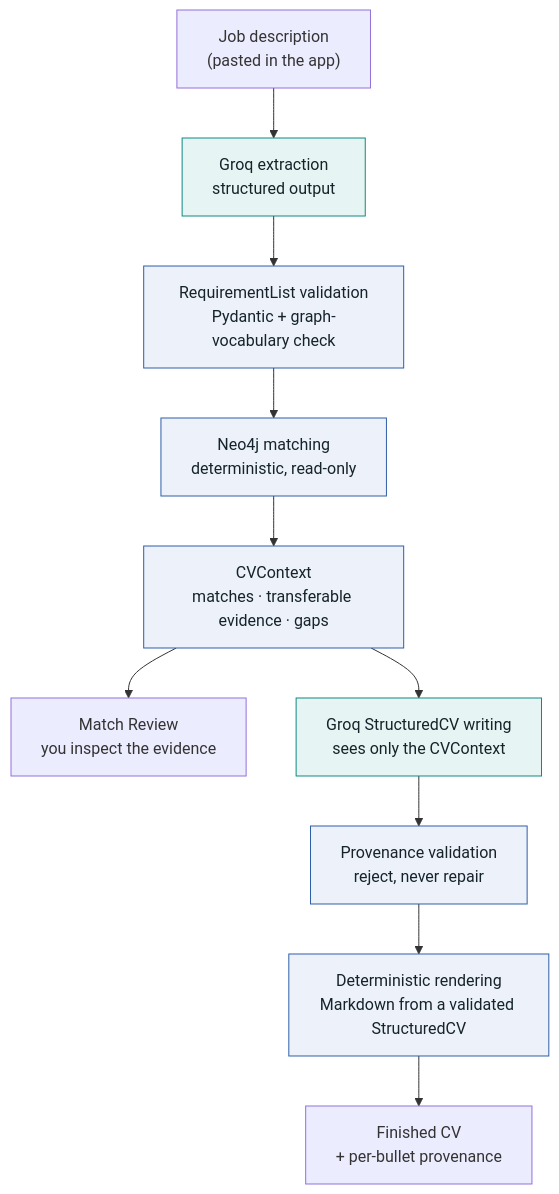
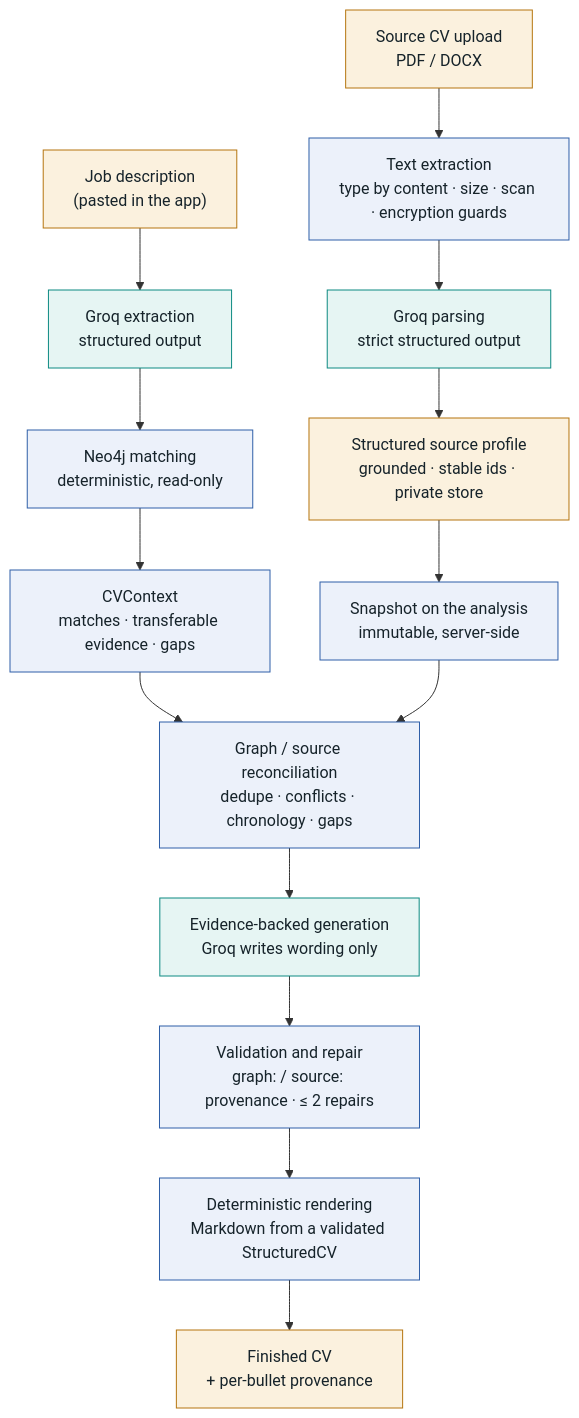
One commit to HoferJPaul/CareerGraph changed the diagram in README.md. Above: the diagram before and after it, drawn with Mermaid. The commit also changed other lines of this file and 25 other files, not shown here.

````diff
--- a/README.md
+++ b/README.md
@@ -24,17 +29,25 @@
 ```mermaid
 flowchart TD
-    JD["Job description<br/>(pasted in the app)"] --> EX["Groq extraction<br/>structured output"]
-    EX --> V1["RequirementList validation<br/>Pydantic + graph-vocabulary check"]
-    V1 --> M["Neo4j matching<br/>deterministic, read-only"]
+    SRC["Source CV upload<br/>PDF / DOCX"] --> EXT["Text extraction<br/>type by content · size · scan · encryption guards"]
+    EXT --> PARSE["Groq parsing<br/>strict structured output"]
+    PARSE --> PROF["Structured source profile<br/>grounded · stable ids · private store"]
+
+    JD["Job description<br/>(pasted in the app)"] --> RX["Groq extraction<br/>structured output"]
+    RX --> M["Neo4j matching<br/>deterministic, read-only"]
     M --> CTX["CVContext<br/>matches · transferable evidence · gaps"]
-    CTX --> RV["Match Review<br/>you inspect the evidence"]
-    CTX --> W["Groq StructuredCV writing<br/>sees only the CVContext"]
-    W --> P["Provenance validation<br/>reject, never repair"]
-    P --> R["Deterministic rendering<br/>Markdown from a validated StructuredCV"]
+
+    PROF --> SNAP["Snapshot on the analysis<br/>immutable, server-side"]
+    CTX --> REC
+    SNAP --> REC["Graph / source reconciliation<br/>dedupe · conflicts · chronology · gaps"]
+    REC --> GEN["Evidence-backed generation<br/>Groq writes wording only"]
+    GEN --> VAL["Validation and repair<br/>graph: / source: provenance · ≤ 2 repairs"]
+    VAL --> R["Deterministic rendering<br/>Markdown from a validated StructuredCV"]
     R --> CV["Finished CV<br/>+ per-bullet provenance"]
 
     classDef llm fill:#e6f5f3,stroke:#0d8a82,color:#16232a
     classDef det fill:#ecf1fa,stroke:#2f5fa8,color:#16232a
-    class EX,W llm
-    class V1,M,CTX,P,R det
+    classDef data fill:#fbf1de,stroke:#b5750f,color:#16232a
+    class PARSE,RX,GEN llm
+    class EXT,M,CTX,SNAP,REC,VAL,R det
+    class SRC,PROF,JD,CV data
 ```
````
